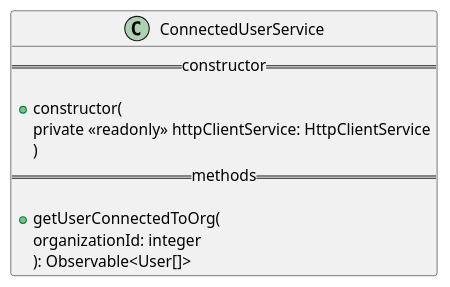
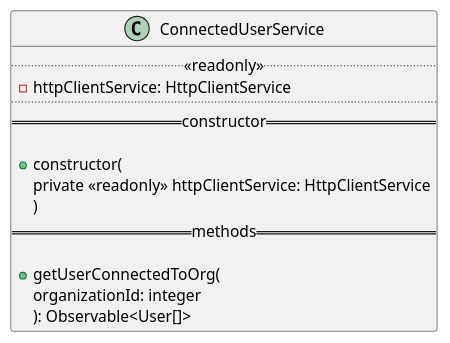
One commit to GruppOne/stalker-web-app changed the diagram in docs/diagrams/services/connected-userservice.pu. Above: the diagram before and after it, drawn with PlantUML. The commit also changed 5 other files, not shown here.

Commit message:
docs: fix more diagrams

```diff
--- a/docs/diagrams/services/connected-userservice.pu
+++ b/docs/diagrams/services/connected-userservice.pu
@@ -1,15 +1,18 @@
 @startuml ConnectedUserService
 
 class ConnectedUserService {
+  ..<<readonly>>..
+  - httpClientService: HttpClientService
+  ....
   == constructor ==
 
   + constructor(
     private <<readonly>> httpClientService: HttpClientService
     )
   == methods ==
 
   + getUserConnectedToOrg(
     organizationId: integer
     ): Observable<User[]>
 }
 @enduml
```
